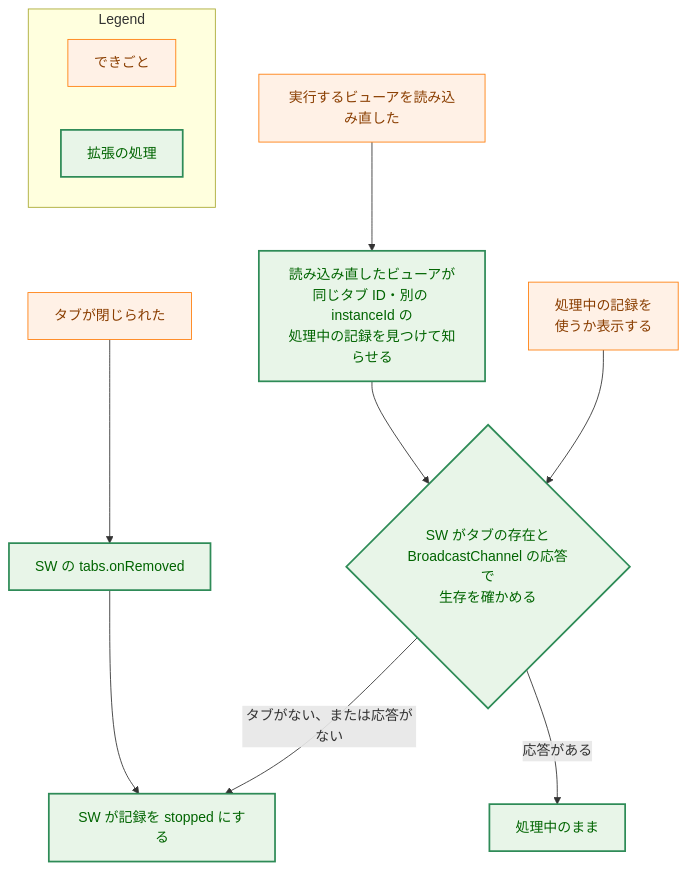
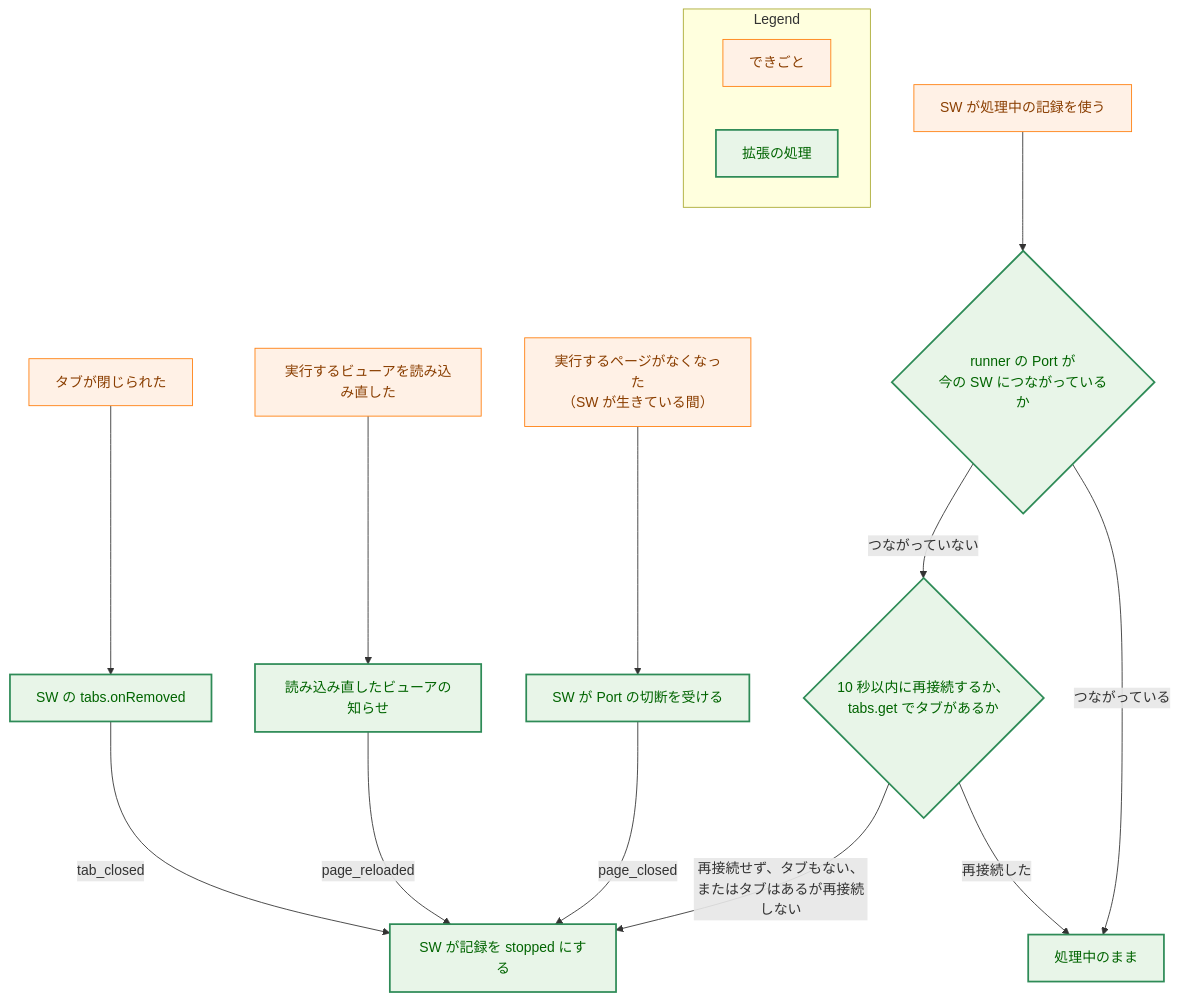
The eighth of 9 diagrams in docs/tasks/0090_extension_only_architecture/02_architecture.md (isseis/yt2column), drawn with Mermaid before and after one commit. The commit also changed other lines of this file and 15 other files, not shown here.

First line of the commit message:
docs(0090): apply the panel review and the prose pass to the architecture

````diff
--- a/docs/tasks/0090_extension_only_architecture/02_architecture.md
+++ b/docs/tasks/0090_extension_only_architecture/02_architecture.md
@@ -991,30 +1199,36 @@
 ```mermaid
 flowchart TD
     classDef process fill:#fff1e6,stroke:#ff7f0e,stroke-width:1px,color:#8a3e00;
     classDef enhanced fill:#e8f5e8,stroke:#2e8b57,stroke-width:2px,color:#006400;
 
     CLOSE["タブが閉じられた"]
     RELOAD["実行するビューアを読み込み直した"]
-    OBSERVE["処理中の記録を<br>使うか表示する"]
+    GONE["実行するページがなくなった<br>（SW が生きている間）"]
+    NEED["SW が処理中の記録を使う"]
     ONREM["SW の tabs.onRemoved"]
-    SELF["読み込み直したビューアが<br>同じタブ ID・別の instanceId の<br>処理中の記録を見つけて知らせる"]
-    CHECK{"SW がタブの存在と<br>BroadcastChannel の応答で<br>生存を確かめる"}
+    SELF["読み込み直したビューアの知らせ"]
+    DISC["SW が Port の切断を受ける"]
+    PORT{"runner の Port が<br>今の SW につながっているか"}
+    WAIT{"10 秒以内に再接続するか、<br>tabs.get でタブがあるか"}
     STOP["SW が記録を stopped にする"]
     KEEP["処理中のまま"]
 
-    CLOSE --> ONREM --> STOP
-    RELOAD --> SELF --> CHECK
-    OBSERVE --> CHECK
-    CHECK -->|"タブがない、または応答がない"| STOP
-    CHECK -->|"応答がある"| KEEP
+    CLOSE --> ONREM -->|"tab_closed"| STOP
+    RELOAD --> SELF -->|"page_reloaded"| STOP
+    GONE --> DISC -->|"page_closed"| STOP
+    NEED --> PORT
+    PORT -->|"つながっている"| KEEP
+    PORT -->|"つながっていない"| WAIT
+    WAIT -->|"再接続した"| KEEP
+    WAIT -->|"再接続せず、タブもない、<br>またはタブはあるが再接続しない"| STOP
 
-    class CLOSE,RELOAD,OBSERVE process
-    class ONREM,SELF,CHECK,STOP,KEEP enhanced
+    class CLOSE,RELOAD,GONE,NEED process
+    class ONREM,SELF,DISC,PORT,WAIT,STOP,KEEP enhanced
 
     subgraph Legend["Legend"]
         L1["できごと"]
         L2["拡張の処理"]
     end
     class L1 process
     class L2 enhanced
 ```
````
